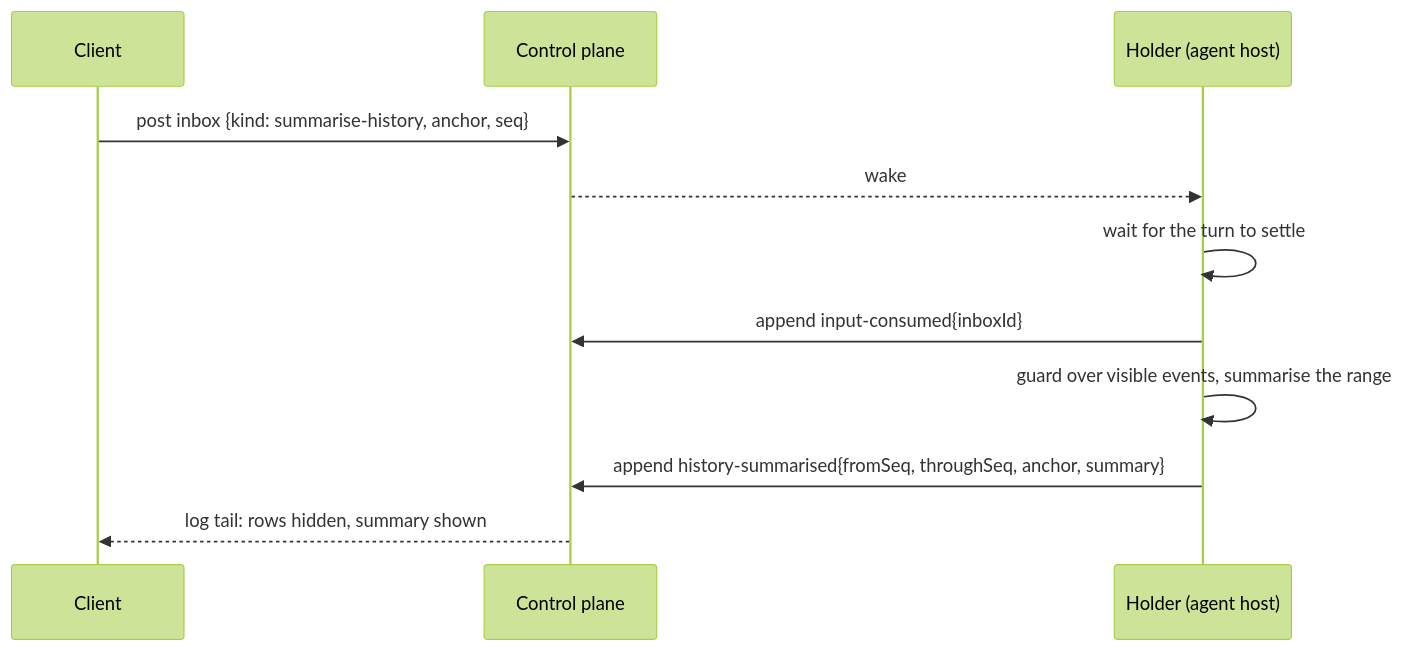
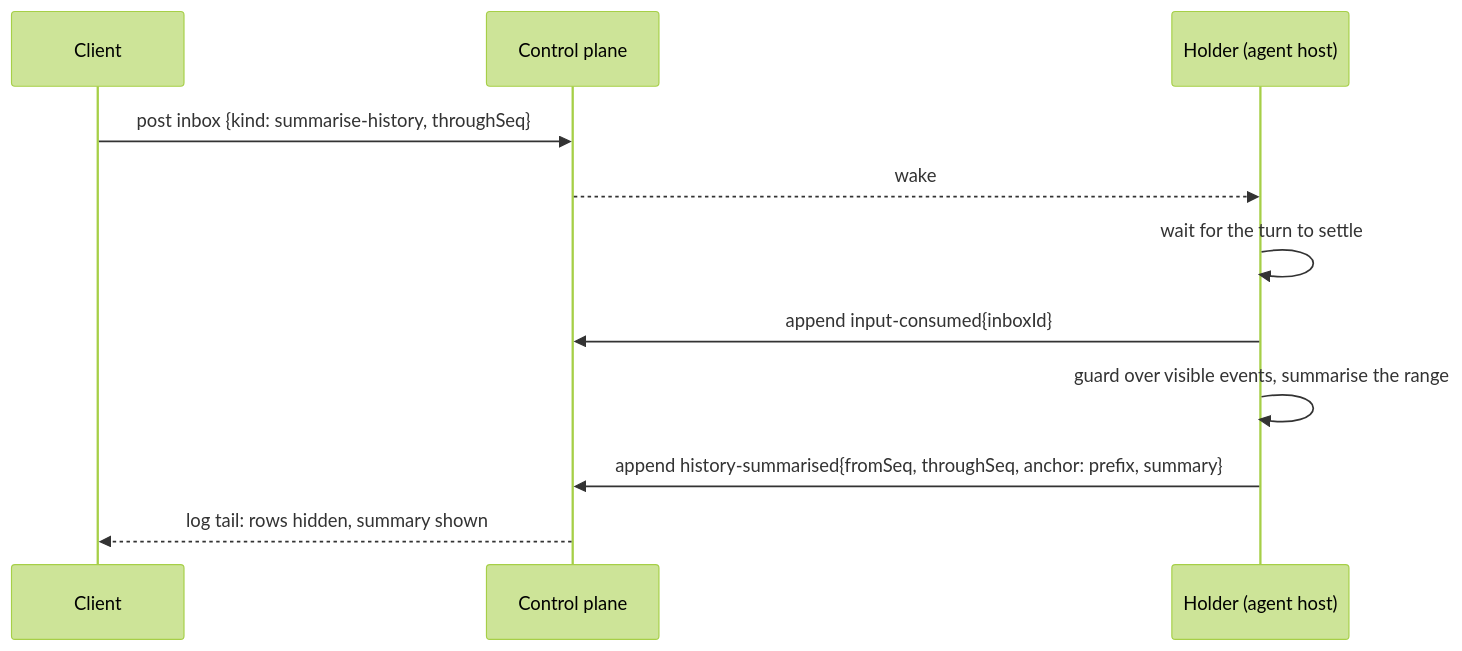
The diagram in docs/v2/slices/summarise-at-message.md (dennisofficial/atlas), drawn with Mermaid (forest theme) before and after one commit. The commit also changed other lines of this file and 24 other files, not shown here.

````diff
--- a/docs/v2/slices/summarise-at-message.md
+++ b/docs/v2/slices/summarise-at-message.md
@@ -66,13 +65,13 @@
 ```mermaid
 sequenceDiagram
   participant C as Client
   participant CP as Control plane
   participant H as Holder (agent host)
-  C->>CP: post inbox {kind: summarise-history, anchor, seq}
+  C->>CP: post inbox {kind: summarise-history, throughSeq}
   CP-->>H: wake
   H->>H: wait for the turn to settle
   H->>CP: append input-consumed{inboxId}
   H->>H: guard over visible events, summarise the range
-  H->>CP: append history-summarised{fromSeq, throughSeq, anchor, summary}
+  H->>CP: append history-summarised{fromSeq, throughSeq, anchor: prefix, summary}
   CP-->>C: log tail: rows hidden, summary shown
 ```
````
